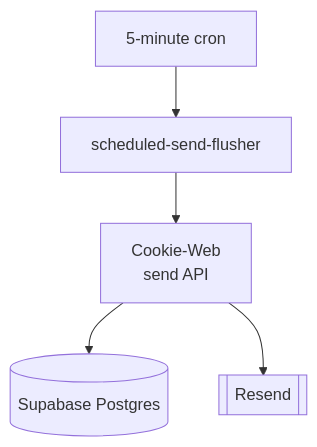
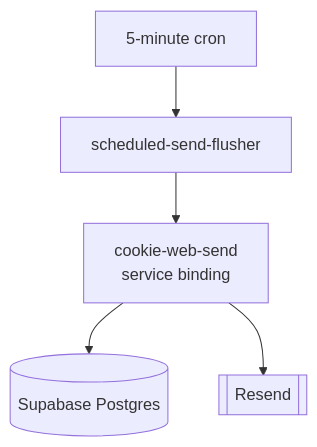
Before and after one commit to allistera/Cookie-Docs: the seventh of 7 diagrams in docs/01-architecture.mdx, drawn with Mermaid. The commit also changed other lines of this file and 16 other files, not shown here.

Commit message:
docs: align system guide with current architecture

````diff
--- a/docs/01-architecture.mdx
+++ b/docs/01-architecture.mdx
@@ -182,7 +190,7 @@
 ```mermaid
 flowchart TB
     Cron["5-minute cron"] --> Flusher["scheduled-send-flusher"]
-    Flusher --> API["Cookie-Web<br/>send API"]
+    Flusher --> API["cookie-web-send<br/>service binding"]
     API --> DB[("Supabase Postgres")]
     API --> Resend[["Resend"]]
 ```
````
